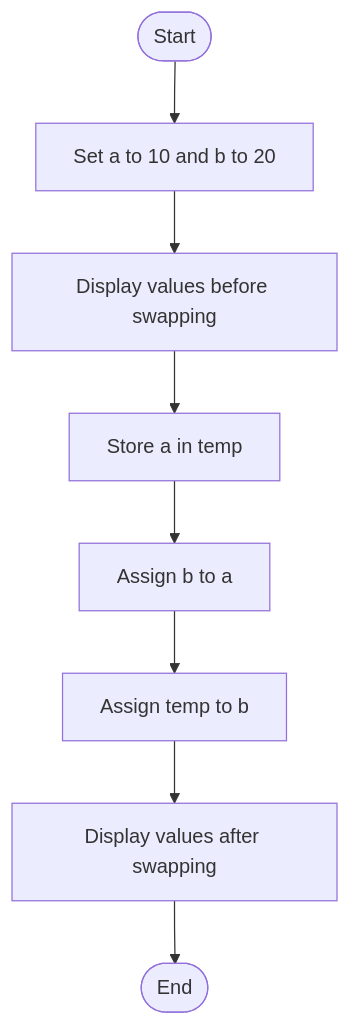
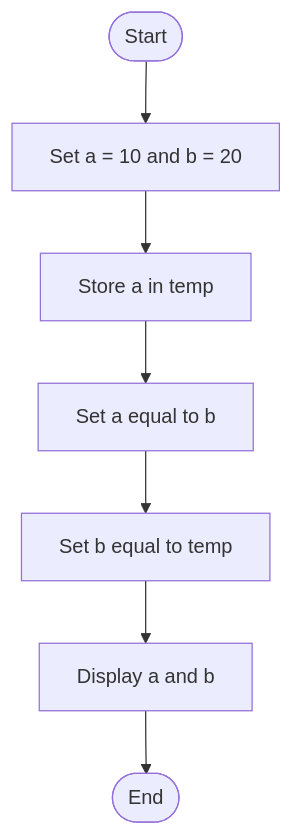
Before and after one commit to tonmoy222/C-programming-lab-work-Batch-34: the third of 3 diagrams in Lab-06-Increment-Decrement-and-Assignment-Operators/README.md, drawn with Mermaid. The commit also changed other lines of this file, not shown here.

````diff
--- a/Lab-06-Increment-Decrement-and-Assignment-Operators/README.md
+++ b/Lab-06-Increment-Decrement-and-Assignment-Operators/README.md
@@ -110,10 +94,9 @@
 ```mermaid
 flowchart TD
-    A([Start]) --> B["Set a to 10 and b to 20"]
-    B --> C["Display values before swapping"]
-    C --> D["Store a in temp"]
-    D --> E["Assign b to a"]
-    E --> F["Assign temp to b"]
-    F --> G["Display values after swapping"]
-    G --> H([End])
+    A([Start]) --> B["Set a = 10 and b = 20"]
+    B --> C["Store a in temp"]
+    C --> D["Set a equal to b"]
+    D --> E["Set b equal to temp"]
+    E --> F["Display a and b"]
+    F --> G([End])
 ```
````
